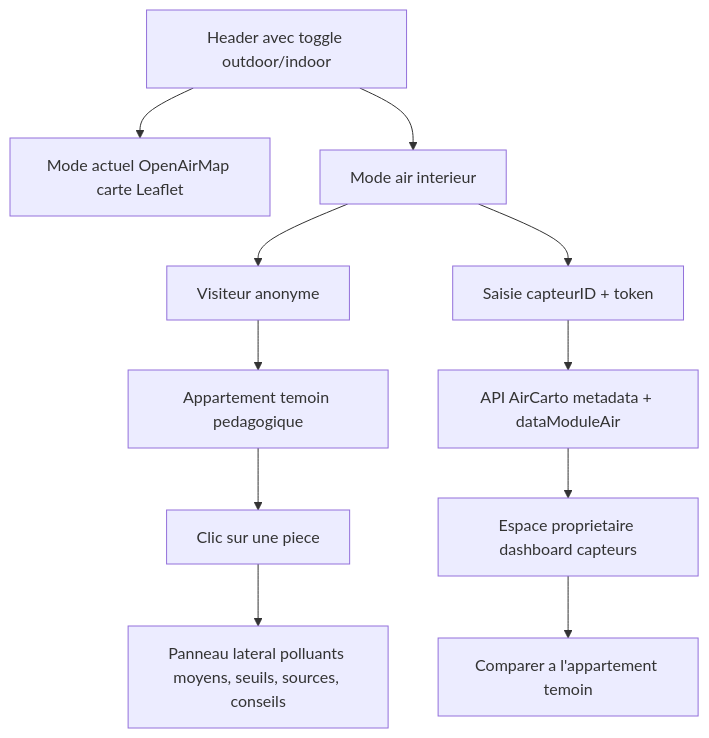
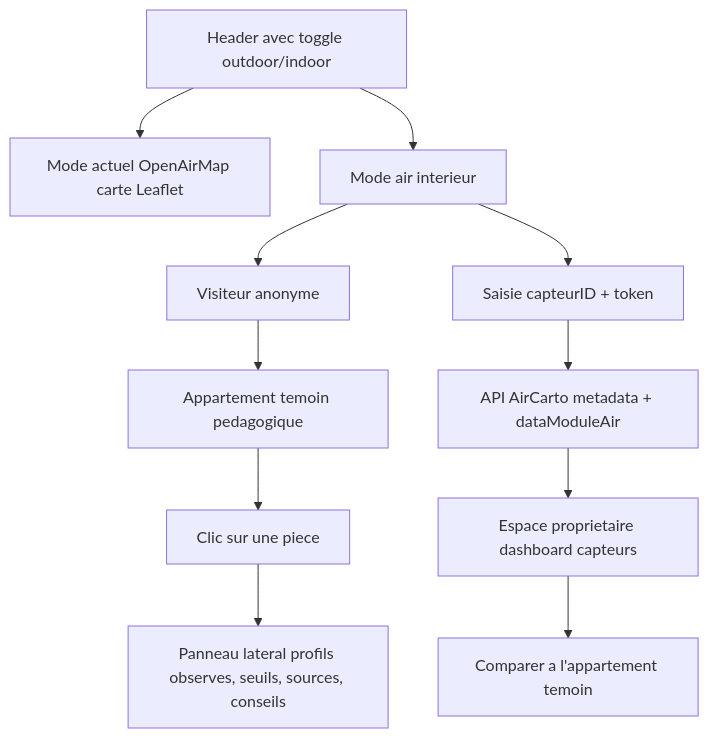
Before and after one commit to aircarto/OpenAirMap3: the third of 4 diagrams in docs/conception-air-interieur.md, drawn with Mermaid. The commit also changed other lines of this file, not shown here.

````diff
--- a/docs/conception-air-interieur.md
+++ b/docs/conception-air-interieur.md
@@ -323,14 +427,14 @@
 ```mermaid
 flowchart TD
     Header[Header avec toggle outdoor/indoor]
     Header --> Outdoor[Mode actuel OpenAirMap carte Leaflet]
     Header --> Indoor[Mode air interieur]
     Indoor --> Anon[Visiteur anonyme]
     Indoor --> Auth[Saisie capteurID + token]
     Anon --> Apt[Appartement temoin pedagogique]
     Apt --> Piece[Clic sur une piece]
-    Piece --> PieceDetail[Panneau lateral polluants moyens, seuils, sources, conseils]
+    Piece --> PieceDetail[Panneau lateral profils observes, seuils, sources, conseils]
     Auth --> AirCartoAPI[API AirCarto metadata + dataModuleAir]
     AirCartoAPI --> Owner[Espace proprietaire dashboard capteurs]
     Owner --> Compare["Comparer a l'appartement temoin"]
 ```
````
